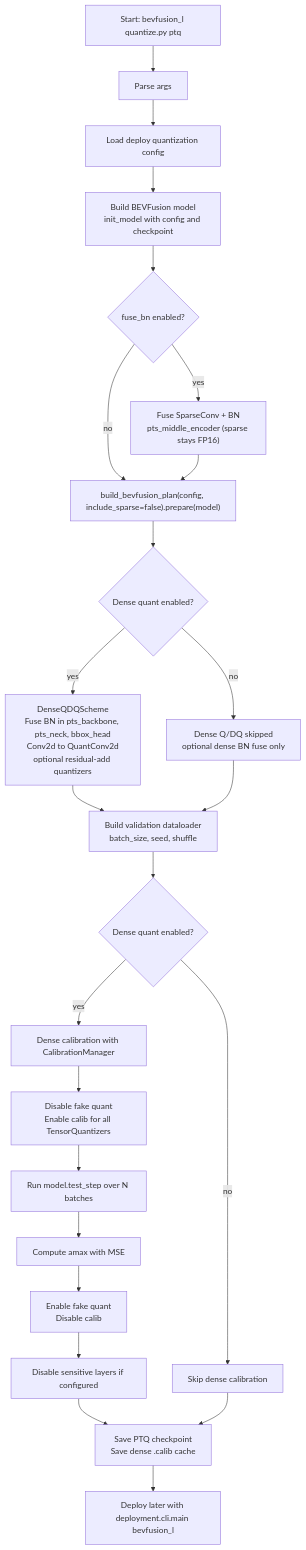
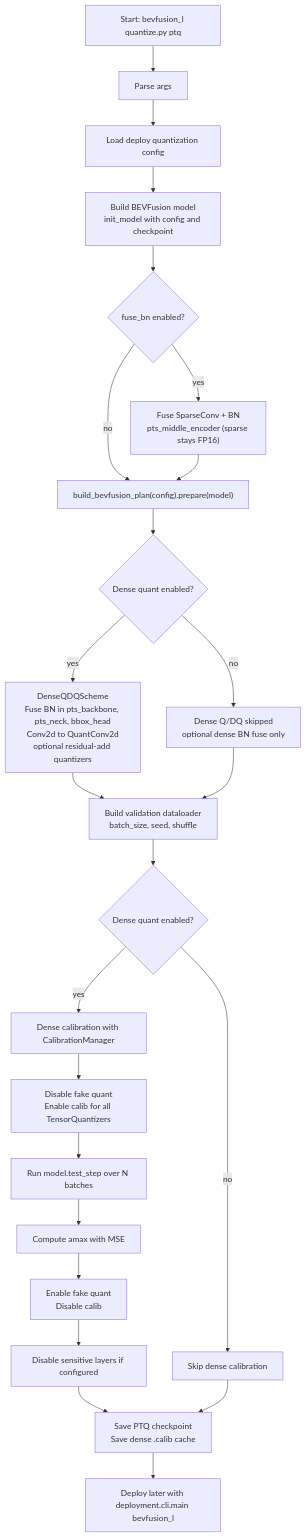
One commit to vividf/AWML changed the first of 4 diagrams in docs/quantization_pipeline.md. Above: the diagram before and after it, drawn with Mermaid. The commit also changed 40 other files, not shown here.

````diff
--- a/docs/quantization_pipeline.md
+++ b/docs/quantization_pipeline.md
@@ -15,31 +15,31 @@
 ```mermaid
 flowchart TD
     A["Start: bevfusion_l quantize.py ptq"] --> B["Parse args"]
     B --> C["Load deploy quantization config"]
     C --> E["Build BEVFusion model<br/>init_model with config and checkpoint"]
 
     E --> F{"fuse_bn enabled?"}
     F -->|yes| F1["Fuse SparseConv + BN<br/>pts_middle_encoder (sparse stays FP16)"]
     F -->|no| G
-    F1 --> G["build_bevfusion_plan(config, include_sparse=false).prepare(model)"]
+    F1 --> G["build_bevfusion_plan(config).prepare(model)"]
 
     G --> H{"Dense quant enabled?"}
     H -->|yes| H1["DenseQDQScheme<br/>Fuse BN in pts_backbone, pts_neck, bbox_head<br/>Conv2d to QuantConv2d<br/>optional residual-add quantizers"]
     H -->|no| H2["Dense Q/DQ skipped<br/>optional dense BN fuse only"]
 
     H1 --> I["Build validation dataloader<br/>batch_size, seed, shuffle"]
     H2 --> I
 
     I --> P{"Dense quant enabled?"}
     P -->|yes| P1["Dense calibration with CalibrationManager"]
     P -->|no| S["Skip dense calibration"]
 
     P1 --> P2["Disable fake quant<br/>Enable calib for all TensorQuantizers"]
     P2 --> P3["Run model.test_step over N batches"]
     P3 --> P4["Compute amax with MSE"]
     P4 --> P5["Enable fake quant<br/>Disable calib"]
     P5 --> Q["Disable sensitive layers if configured"]
     Q --> R["Save PTQ checkpoint<br/>Save dense .calib cache"]
     S --> R
     R --> T["Deploy later with deployment.cli.main bevfusion_l"]
 ```
````
